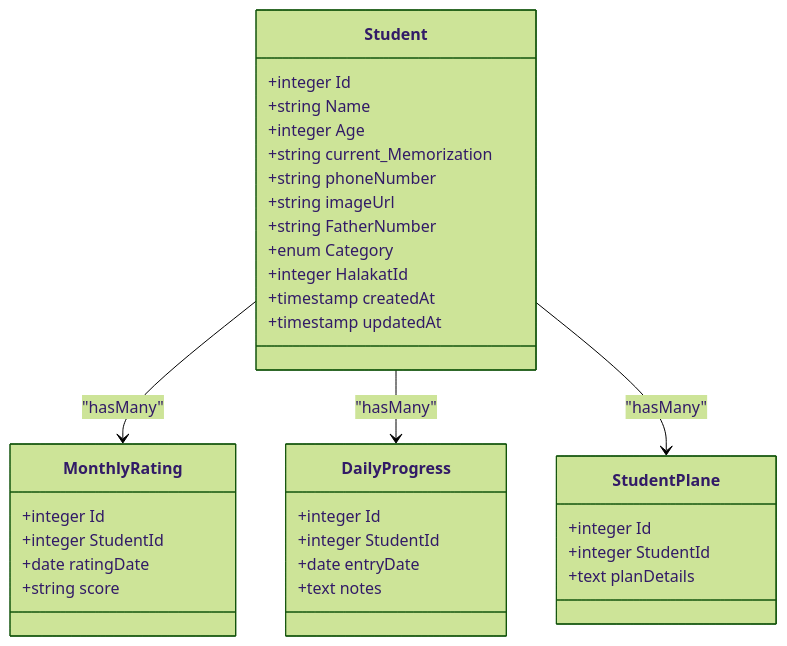
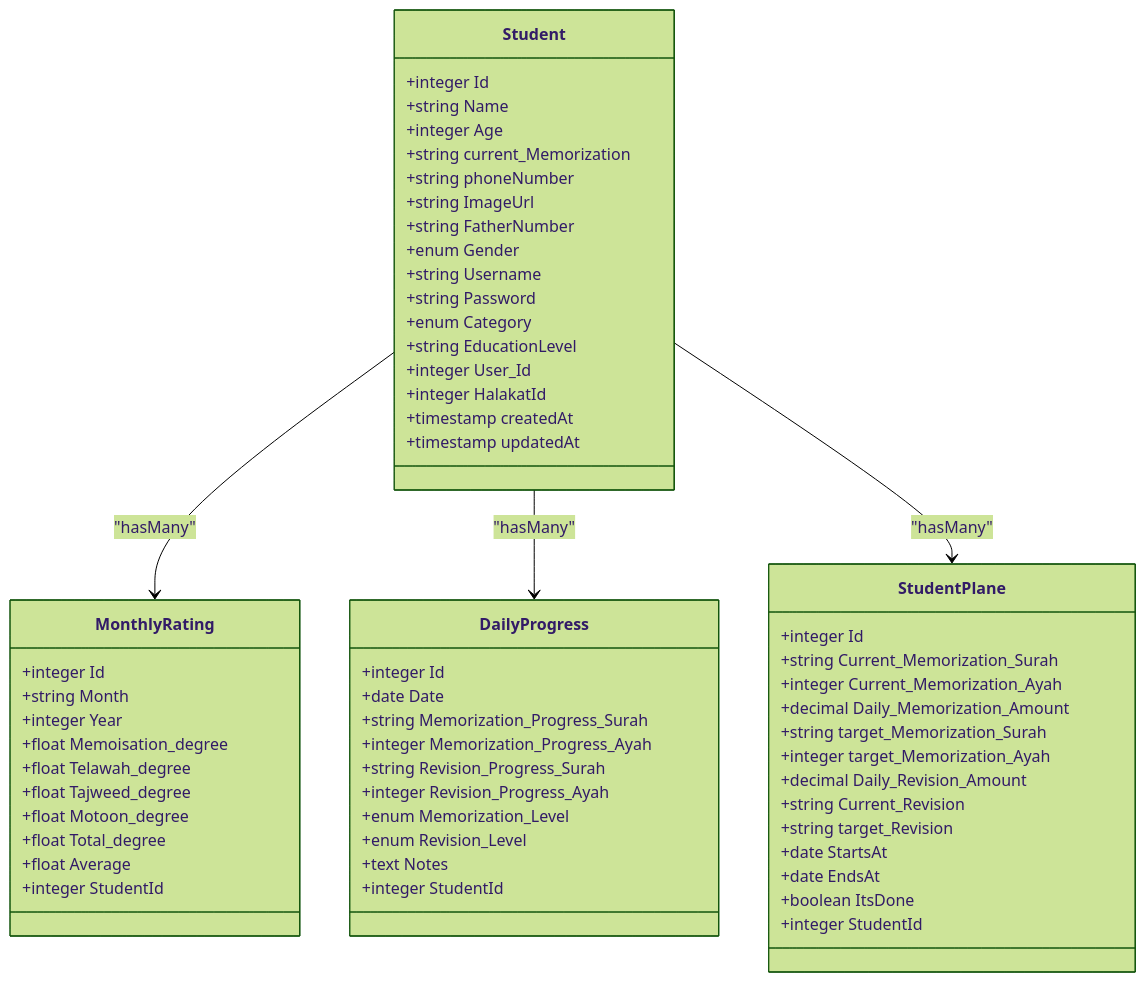
One commit to Mreng78/khirocom_project changed the sixth of 7 diagrams in .qoder/repowiki/en/content/Database Design/Student Model.md. Above: the diagram before and after it, drawn with Mermaid (forest theme). The commit also changed other lines of this file and 13 other files, not shown here.

````diff
--- a/.qoder/repowiki/en/content/Database Design/Student Model.md
+++ b/.qoder/repowiki/en/content/Database Design/Student Model.md
@@ -190,36 +256,63 @@
 ```mermaid
 classDiagram
 class Student {
 +integer Id
 +string Name
 +integer Age
 +string current_Memorization
 +string phoneNumber
-+string imageUrl
++string ImageUrl
 +string FatherNumber
++enum Gender
++string Username
++string Password
 +enum Category
++string EducationLevel
++integer User_Id
 +integer HalakatId
 +timestamp createdAt
 +timestamp updatedAt
 }
 class MonthlyRating {
 +integer Id
++string Month
++integer Year
++float Memoisation_degree
++float Telawah_degree
++float Tajweed_degree
++float Motoon_degree
++float Total_degree
++float Average
 +integer StudentId
-+date ratingDate
-+string score
 }
 class DailyProgress {
 +integer Id
++date Date
++string Memorization_Progress_Surah
++integer Memorization_Progress_Ayah
++string Revision_Progress_Surah
++integer Revision_Progress_Ayah
++enum Memorization_Level
++enum Revision_Level
++text Notes
 +integer StudentId
-+date entryDate
-+text notes
 }
 class StudentPlane {
 +integer Id
++string Current_Memorization_Surah
++integer Current_Memorization_Ayah
++decimal Daily_Memorization_Amount
++string target_Memorization_Surah
++integer target_Memorization_Ayah
++decimal Daily_Revision_Amount
++string Current_Revision
++string target_Revision
++date StartsAt
++date EndsAt
++boolean ItsDone
 +integer StudentId
-+text planDetails
 }
 Student --> MonthlyRating : "hasMany"
 Student --> DailyProgress : "hasMany"
 Student --> StudentPlane : "hasMany"
 ```
````
